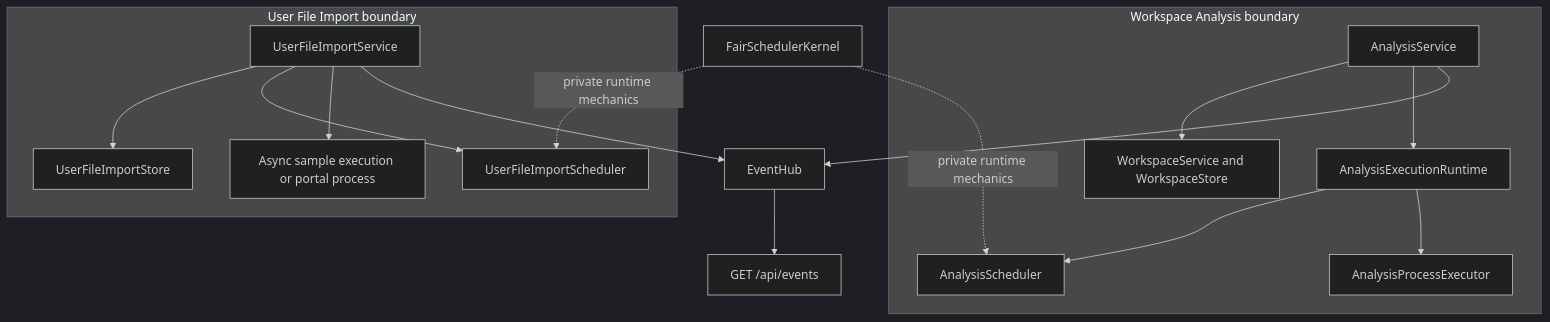
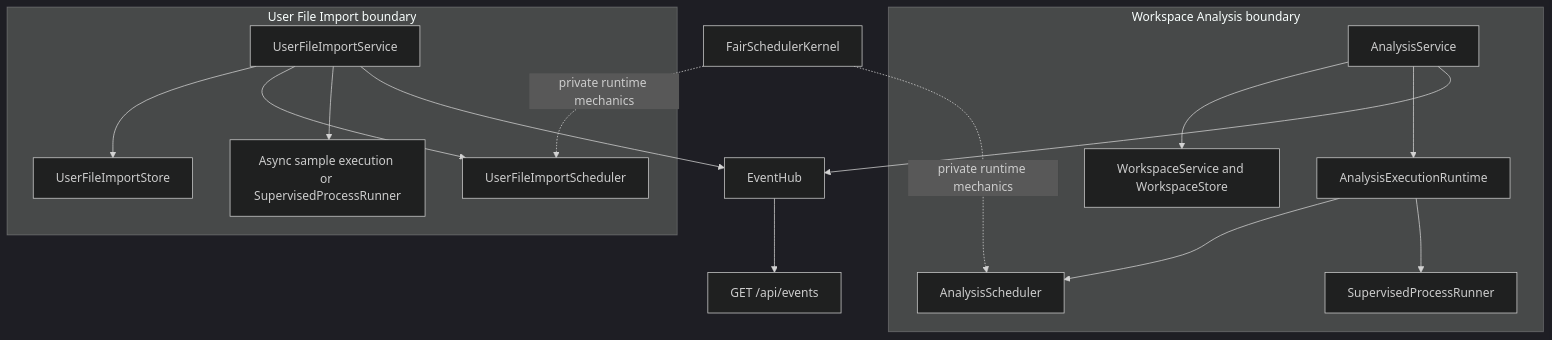
Before and after one commit to Australian-Text-Analytics-Platform/ldaca_web_app: the diagram in docs/architecture/backend/background-work.md, drawn with Mermaid (dark theme). The commit also changed other lines of this file and 21 other files, not shown here.

````diff
--- a/docs/architecture/backend/background-work.md
+++ b/docs/architecture/backend/background-work.md
@@ -10,21 +10,21 @@
 ```mermaid
 flowchart TB
     subgraph AnalysisBoundary["Workspace Analysis boundary"]
         AS["AnalysisService"] --> WS["WorkspaceService and WorkspaceStore"]
         AS --> AR["AnalysisExecutionRuntime"]
         AR --> AQ["AnalysisScheduler"]
-        AR --> AP["AnalysisProcessExecutor"]
+        AR --> AP["SupervisedProcessRunner"]
     end
 
     subgraph ImportBoundary["User File Import boundary"]
         IS["UserFileImportService"] --> IR["UserFileImportStore"]
         IS --> IQ["UserFileImportScheduler"]
-        IS --> IP["Async sample execution or portal process"]
+        IS --> IP["Async sample execution or SupervisedProcessRunner"]
     end
 
     AS --> EVENTS["EventHub"]
     IS --> EVENTS
     EVENTS --> SSE["GET /api/events"]
     KERNEL["FairSchedulerKernel"] -. "private runtime mechanics" .-> AQ
     KERNEL -. "private runtime mechanics" .-> IQ
 ```
````
